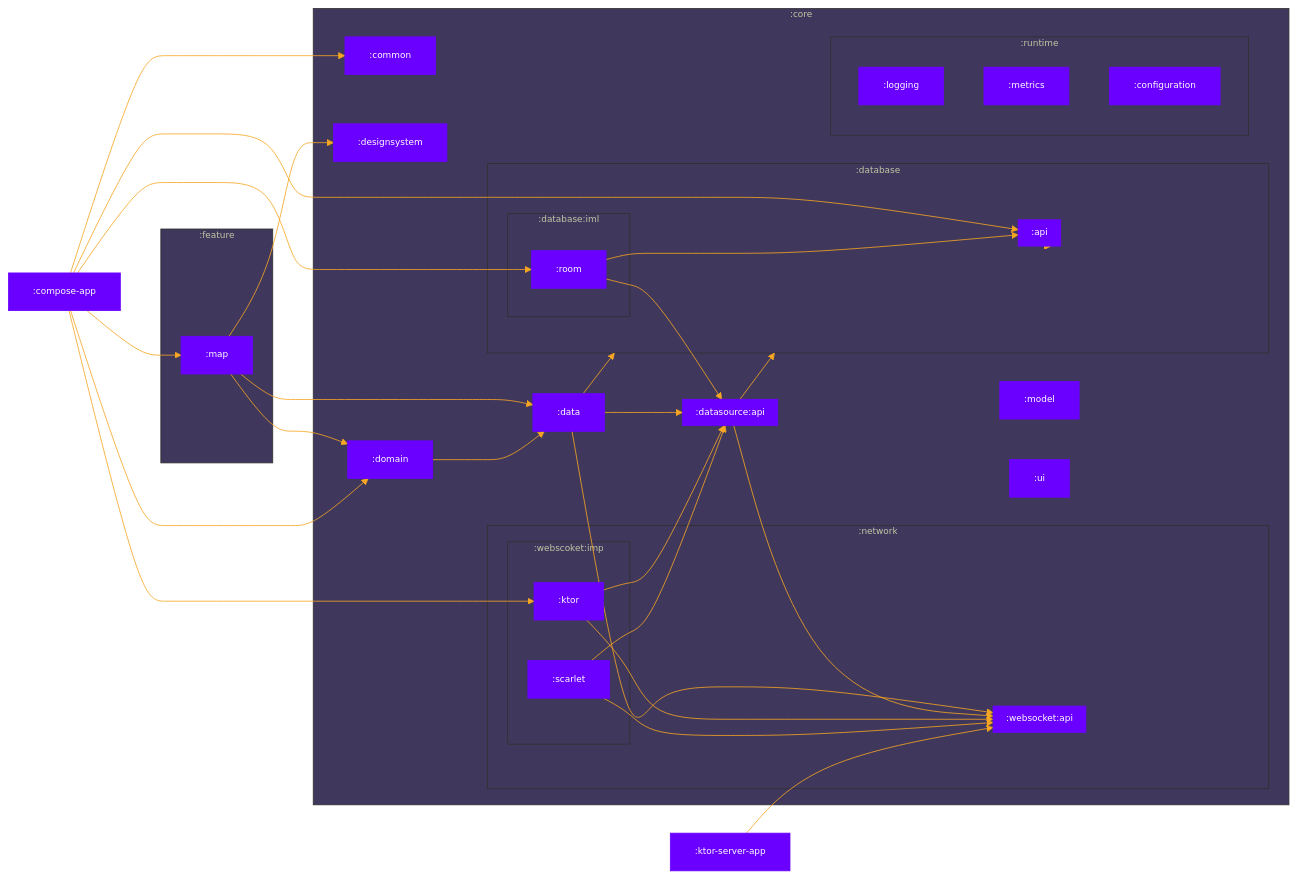
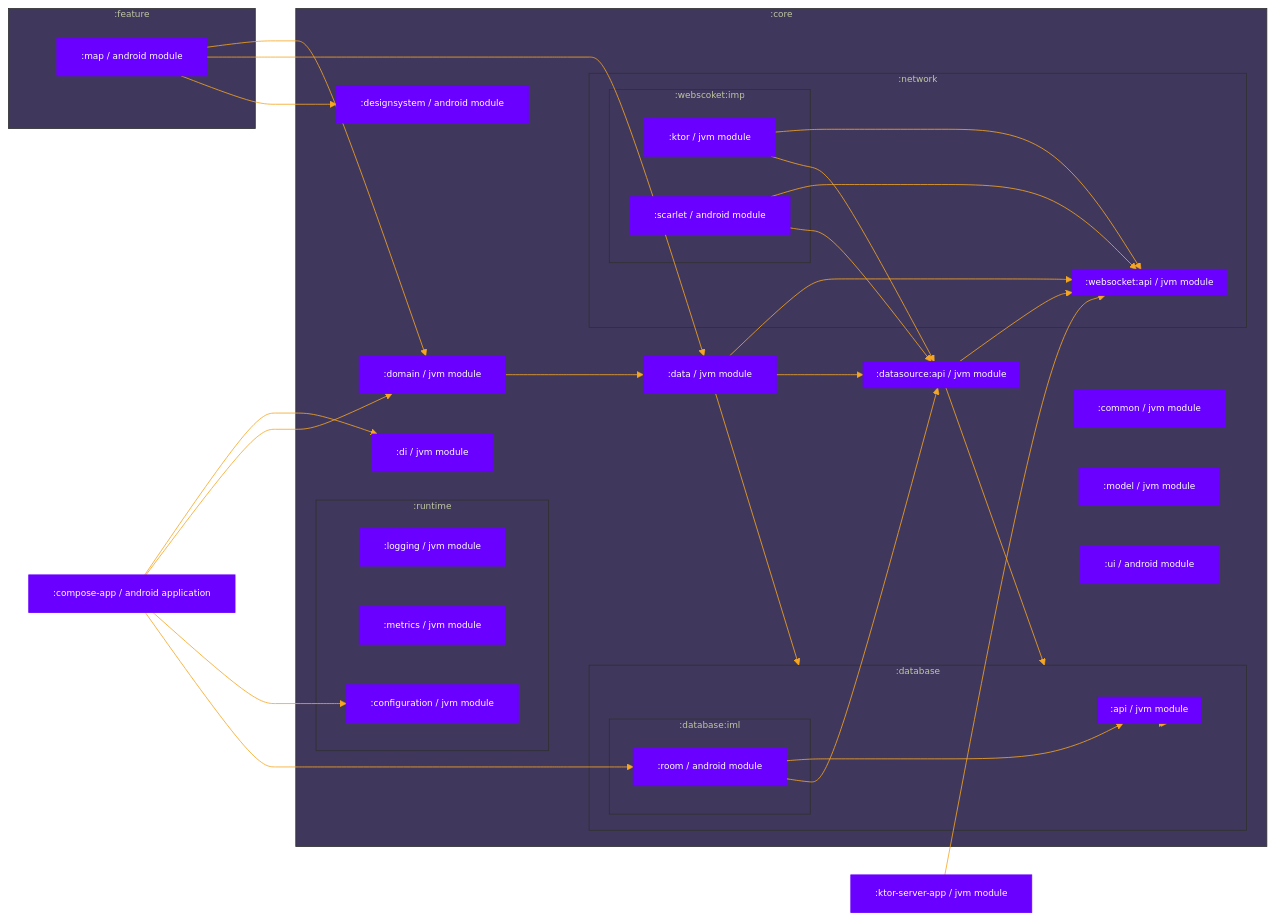
The diagram in docs/gradle_module_dep_graph.mmd (vitaliystoyanov/trace-node-tracking-playground), drawn with Mermaid before and after one commit. The commit also changed 3 other files, not shown here.

Commit message:
Updated diagrams according to the changed project structure

```diff
--- a/docs/gradle_module_dep_graph.mmd
+++ b/docs/gradle_module_dep_graph.mmd
@@ -1,91 +1,81 @@
 %%{
   init: {
     'theme': 'base',
     'themeVariables': {"primaryTextColor":"#fff","primaryColor":"#6A00FF","primaryBorderColor":"#6A00FF","lineColor":"#f5a623","tertiaryColor":"#40375c","fontSize":"11px"}
   }
 }%%
 
 graph LR
 
     subgraph :core
-        :common
-        :data
-        :designsystem
-        :domain
-        :model
-        :ui
+        :common[":common / jvm module"]
+        :data[":data / jvm module"]
+        :designsystem[":designsystem / android module"]
+        :domain[":domain / jvm module"]
+        :model[":model / jvm module"]
+        :di[":di / jvm module"]
+        :ui[":ui / android module"]
         subgraph :database
-            subgraph :api
+            subgraph :api[":api / jvm module"]
             end
         end
 
         subgraph :network
             subgraph :webscoket:imp
-                :ktor
-                :scarlet
+                :ktor[":ktor / jvm module"]
+                :scarlet[":scarlet / android module"]
             end
-            subgraph :websocket:api
-                :api
+            subgraph :websocket:api[":websocket:api / jvm module"]
             end
         end
 
-        subgraph :datasource:api
+        subgraph :datasource:api[":datasource:api / jvm module"]
         end
 
 
         subgraph :database
             subgraph :database:iml
-                :room
+                :room[":room / android module"]
             end
         end
 
         subgraph :runtime
-            :logging
-            :metrics
-            :configuration
+            :logging[":logging / jvm module"]
+            :metrics[":metrics / jvm module"]
+            :configuration[":configuration / jvm module"]
 
         end
 
     end
 
 
-
     subgraph :feature
-        :map
+        :map[":map / android module"]
     end
-%% :map --> :common
     :map --> :domain
     :map --> :data
     :map --> :designsystem
 
-
-%% :data --> :common
     :data --> :websocket:api
     :data --> :datasource:api
     :data --> :database --> :api
 
     :domain --> :data
-%% :domain --> :common
-
 
     :datasource:api --> :database --> :api
     :datasource:api --> :websocket:api
-%% :database:api --> :common
 
-    :compose-app --> :common
+    :compose-app[":compose-app / android application"] --> :di
     :compose-app --> :domain
-    :compose-app --> :map
-    :compose-app --> :api
-    :compose-app --> :ktor
+    :compose-app --> :configuration
     :compose-app --> :room
 
     :room --> :api
     :room --> :datasource:api
 
-%% :ktor --> :common
     :ktor --> :websocket:api
     :ktor --> :datasource:api
     :scarlet --> :websocket:api
     :scarlet --> :datasource:api
 
-    :ktor-server-app --> :websocket:api
+    :ktor-server-app[":ktor-server-app / jvm module"] --> :websocket:api
```
